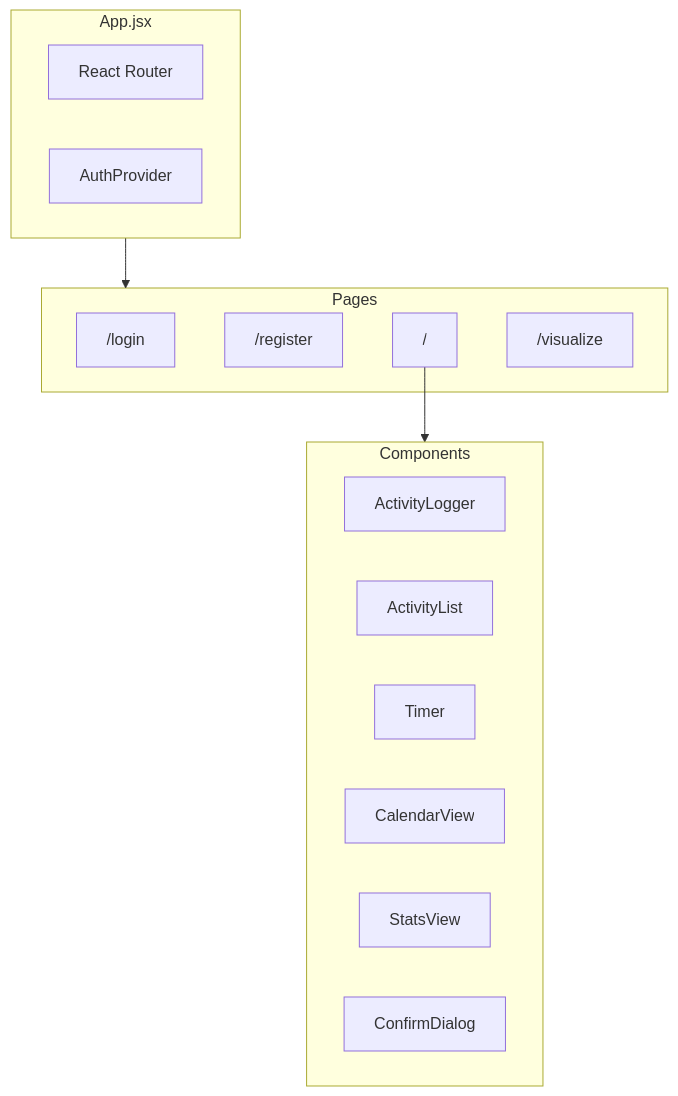
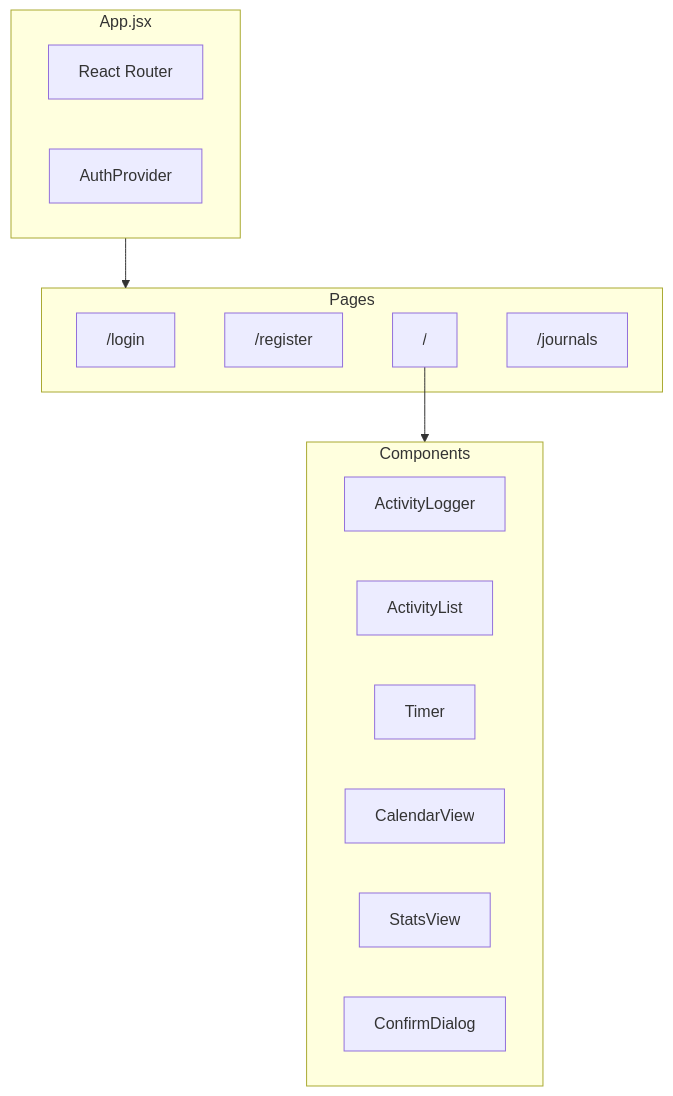
Before and after one commit to yash0530/daytime: the first of 3 diagrams in docs/frontend-architecture.md, drawn with Mermaid. The commit also changed other lines of this file and 2 other files, not shown here.

````diff
--- a/docs/frontend-architecture.md
+++ b/docs/frontend-architecture.md
@@ -9,26 +9,26 @@
 ```mermaid
 flowchart TB
     subgraph App["App.jsx"]
         Router[React Router]
         Auth[AuthProvider]
     end
 
     subgraph Pages
         Login["/login"]
         Register["/register"]
         Dashboard["/"]
-        Viz["/visualize"]
+        Journals["/journals"]
     end
 
     subgraph Components
         ActivityLogger
         ActivityList
         Timer
         CalendarView
         StatsView
         ConfirmDialog
     end
 
     App --> Pages
     Dashboard --> Components
 ```
````
